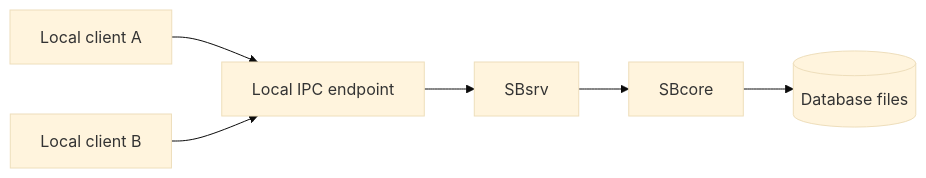
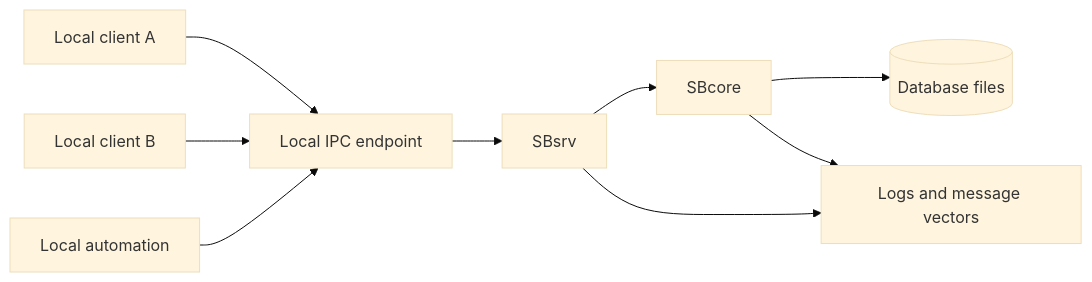
The first of 2 diagrams in docs/documentation/draft/Getting_Started/operating_modes/single_node_ipc_server.md (scratchbird-software-inc/ScratchBird), drawn with Mermaid (base theme) before and after one commit. The commit also changed other lines of this file and 23 other files, not shown here.

````diff
--- a/docs/documentation/draft/Getting_Started/operating_modes/single_node_ipc_server.md
+++ b/docs/documentation/draft/Getting_Started/operating_modes/single_node_ipc_server.md
@@ -9,8 +11,20 @@
 ```mermaid
 flowchart LR
-    ClientA[Local client A] --> IPC[Local IPC endpoint]
-    ClientB[Local client B] --> IPC
-    IPC --> Server[SBsrv]
-    Server --> Engine[SBcore]
-    Engine --> DB[(Database files)]
+    ClientA[Local client A]
+    ClientB[Local client B]
+    ClientC[Local automation]
+    IPC[Local IPC endpoint]
+    Server[SBsrv]
+    Engine[SBcore]
+    DB[(Database files)]
+    Diagnostics[Logs and message vectors]
+
+    ClientA --> IPC
+    ClientB --> IPC
+    ClientC --> IPC
+    IPC --> Server
+    Server --> Engine
+    Engine --> DB
+    Server --> Diagnostics
+    Engine --> Diagnostics
 ```
````
